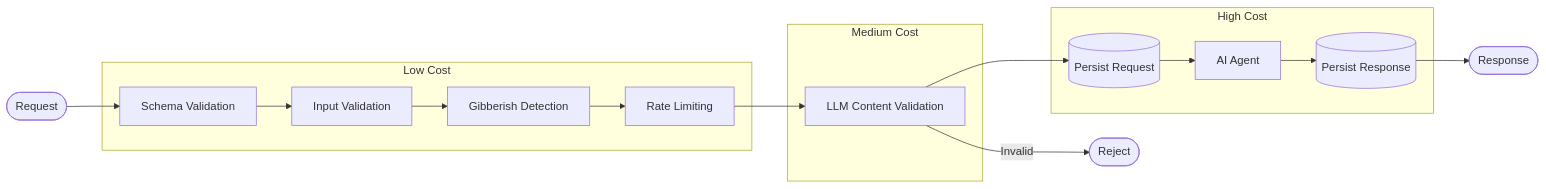
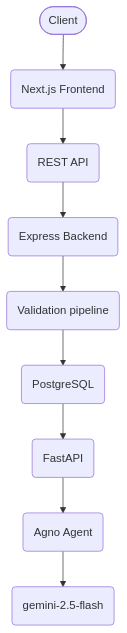
The diagram in README.md (ShreelaxmiHegde/ConstraintEngine), drawn with Mermaid before and after one commit. The commit also changed other lines of this file and 1 other file, not shown here.

````diff
--- a/README.md
+++ b/README.md
@@ -168,25 +6,13 @@
 ```mermaid
-flowchart LR
-    A([Request])
+flowchart TD
+    A([Client])
 
-    subgraph Low Cost
-        B["Schema Validation"]
-        C["Input Validation"]
-        D["Gibberish Detection"]
-        E["Rate Limiting"]
-    end
-
-    subgraph Medium Cost
-        F["LLM Content Validation"]
-    end
-
-    subgraph High Cost
-        G[(Persist Request)]
-        H["AI Agent"]
-        I[(Persist Response)]
-    end
-
-    A --> B --> C --> D --> E --> F --> G --> H --> I --> J([Response])
-
-    F -->|Invalid| X([Reject])
+    A --> B("Next.js Frontend")
+    B --> C("REST API")
+    C --> D("Express Backend")
+    D --> E("Validation pipeline")
+    E --> F("PostgreSQL")
+    F --> G("FastAPI")
+    G --> H("Agno Agent")
+    H --> I("gemini-2.5-flash")
 ```
````
